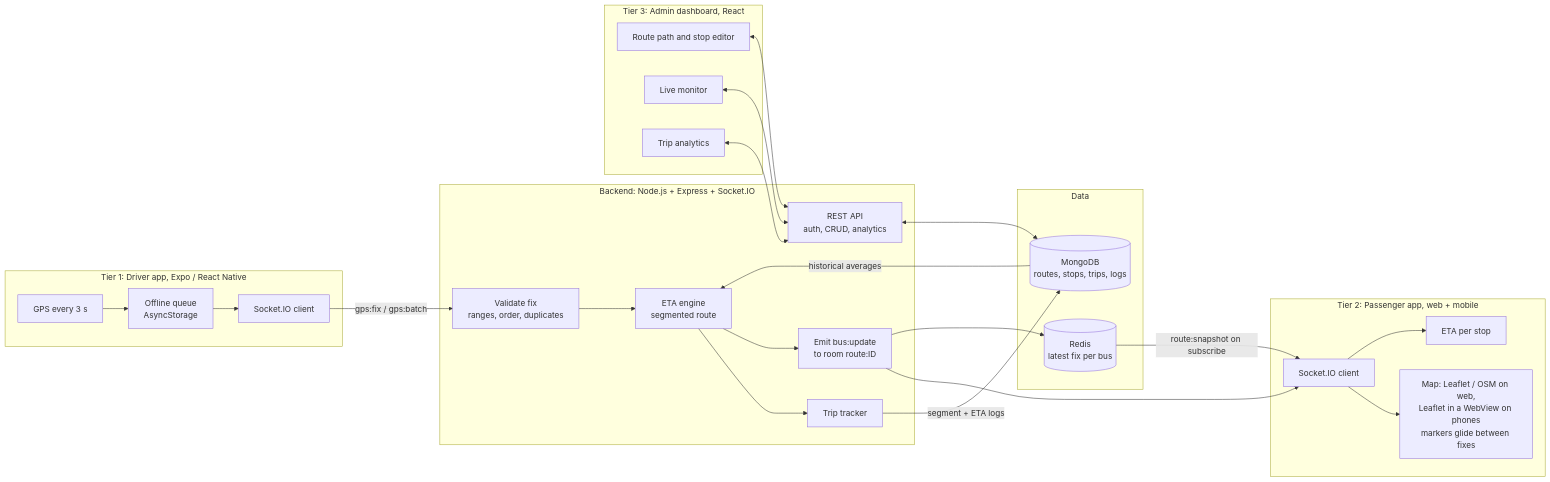
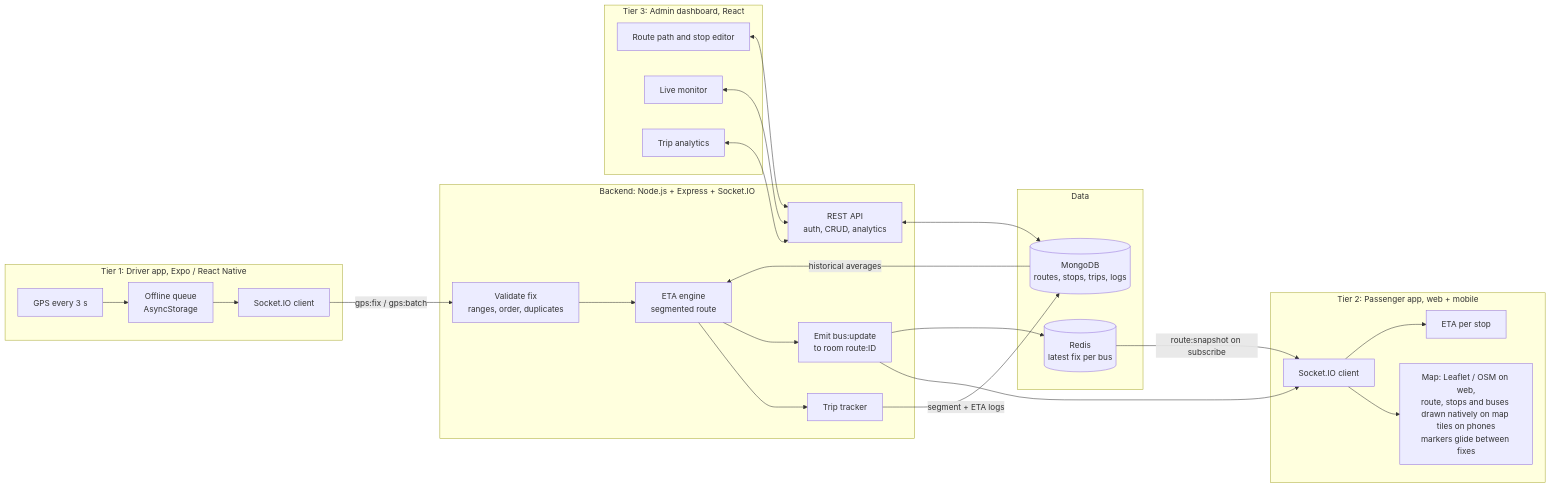
Before and after one commit to nadunkanishka/Smart-bus-tracking-system: the diagram in docs/ARCHITECTURE.md, drawn with Mermaid. The commit also changed 17 other files, not shown here.

First line of the commit message:
fix(apps): draw the phone map natively (tiles, route, stops, buses) instead of a WebView

````diff
--- a/docs/ARCHITECTURE.md
+++ b/docs/ARCHITECTURE.md
@@ -5,39 +5,39 @@
 ```mermaid
 flowchart LR
   subgraph Tier1[Tier 1: Driver app, Expo / React Native]
     GPS[GPS every 3 s] --> Q[Offline queue<br/>AsyncStorage]
     Q --> DS[Socket.IO client]
   end
 
   subgraph Backend[Backend: Node.js + Express + Socket.IO]
     V[Validate fix<br/>ranges, order, duplicates] --> ETA[ETA engine<br/>segmented route]
     ETA --> TT[Trip tracker]
     ETA --> PUB[Emit bus:update<br/>to room route:ID]
     REST[REST API<br/>auth, CRUD, analytics]
   end
 
   subgraph Data[Data]
     R[(Redis<br/>latest fix per bus)]
     M[(MongoDB<br/>routes, stops, trips, logs)]
   end
 
   subgraph Tier2[Tier 2: Passenger app, web + mobile]
-    PS[Socket.IO client] --> MAP[Map: Leaflet / OSM on web,<br/>Leaflet in a WebView on phones<br/>markers glide between fixes]
+    PS[Socket.IO client] --> MAP[Map: Leaflet / OSM on web,<br/>route, stops and buses drawn natively on map tiles on phones<br/>markers glide between fixes]
     PS --> LIST[ETA per stop]
   end
 
   subgraph Tier3[Tier 3: Admin dashboard, React]
     ED[Route path and stop editor]
     LM[Live monitor]
     AN[Trip analytics]
   end
 
   DS -- gps:fix / gps:batch --> V
   PUB --> PS
   PUB --> R
   R -- route:snapshot on subscribe --> PS
   TT -- segment + ETA logs --> M
   M -- historical averages --> ETA
   ED & LM & AN <--> REST
   REST <--> M
 ```
````
